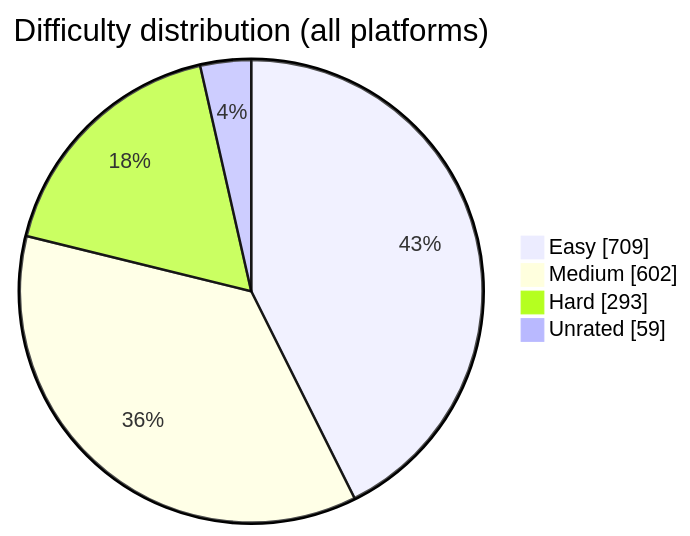
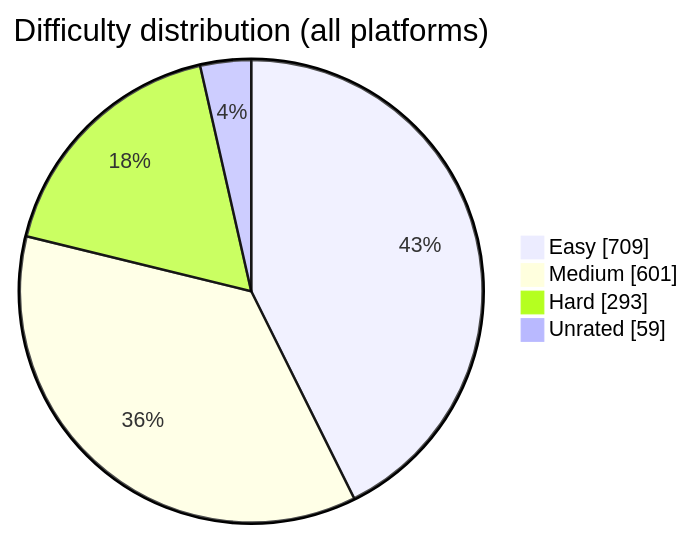
The diagram in README.md (BuildbyArindam/Daily-Coding-Log), drawn with Mermaid before and after one commit. The commit also changed other lines of this file, not shown here.

````diff
--- a/README.md
+++ b/README.md
@@ -93,7 +93,7 @@
 ```mermaid
 pie showData title Difficulty distribution (all platforms)
     "Easy" : 709
-    "Medium" : 602
+    "Medium" : 601
     "Hard" : 293
     "Unrated" : 59
 ```
````
